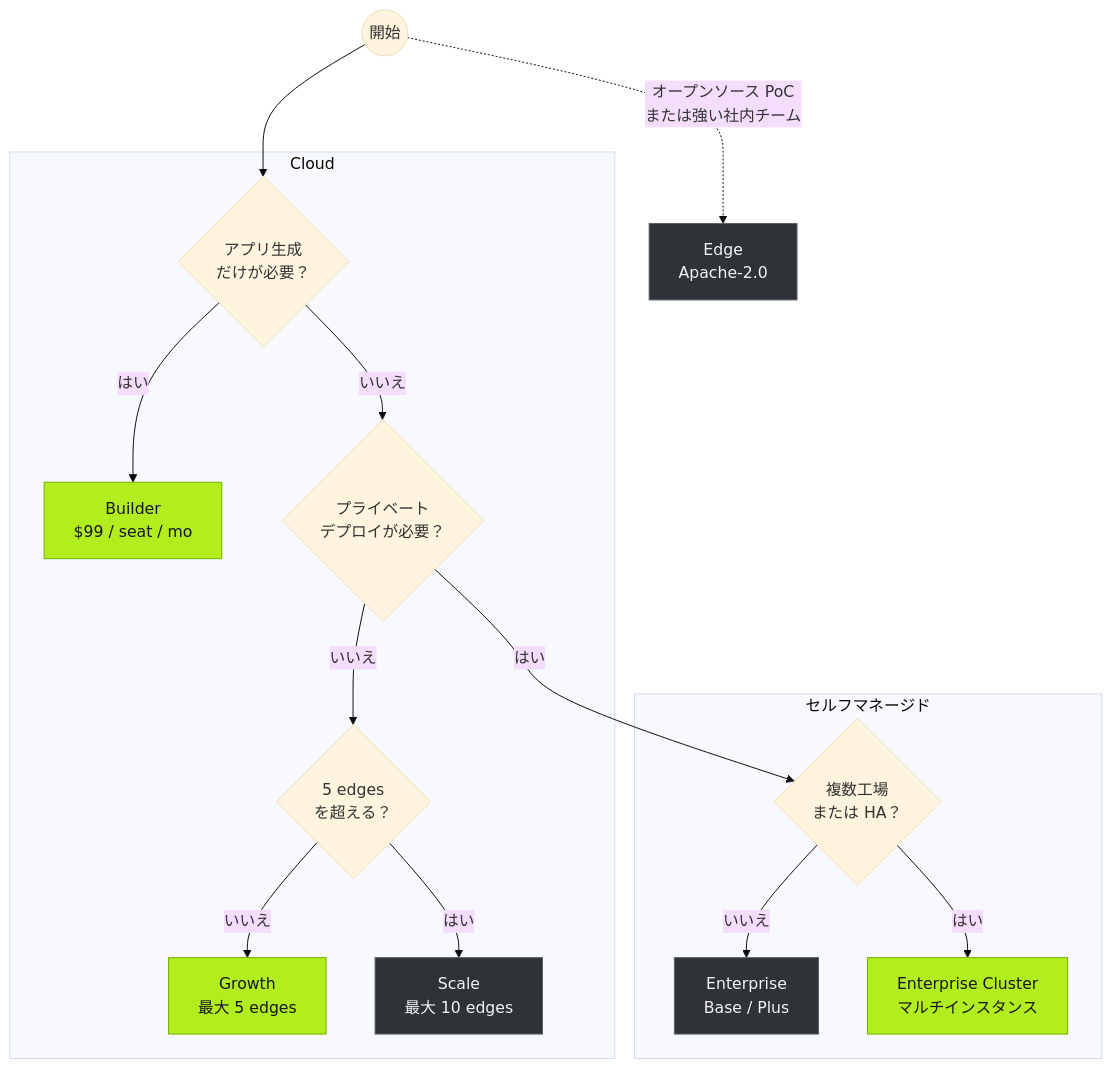
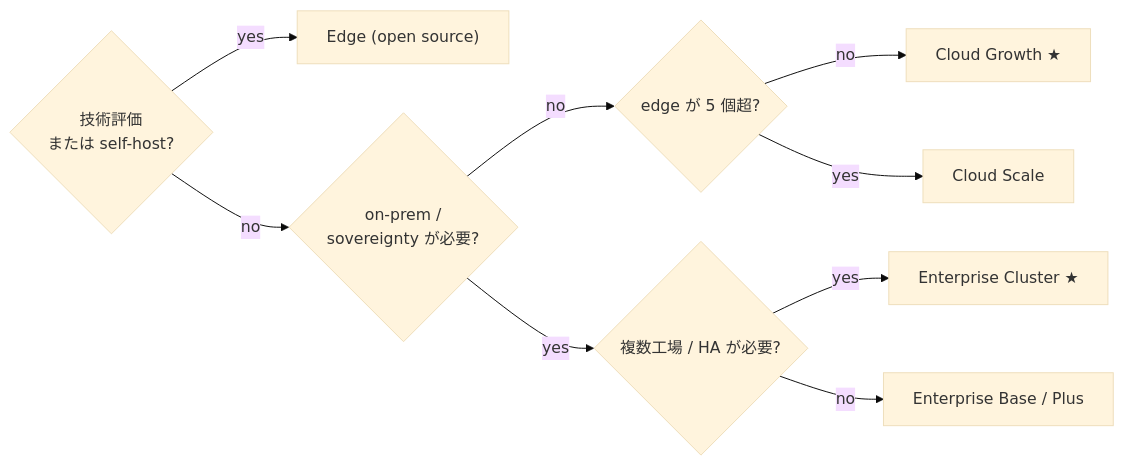
One commit to FREEZONEX/Tier0-docs-site changed the diagram in src/content/docs/ja/get-started/choosing-version.mdx. Above: the diagram before and after it, drawn with Mermaid (base theme). The commit also changed other lines of this file and 19 other files, not shown here.

````diff
--- a/src/content/docs/ja/get-started/choosing-version.mdx
+++ b/src/content/docs/ja/get-started/choosing-version.mdx
@@ -119,25 +135,12 @@
 ```mermaid
-flowchart TD
-  start(("開始")) --> appOnly{"アプリ生成<br/>だけが必要？"}
-
-  subgraph cloud["Cloud"]
-    appOnly -- "はい" --> builder["Builder<br/>$99 / seat / mo"]
-    appOnly -- "いいえ" --> selfHost{"プライベート<br/>デプロイが必要？"}
-    selfHost -- "いいえ" --> edgeCount{"5 edges<br/>を超える？"}
-    edgeCount -- "いいえ" --> growth["Growth<br/>最大 5 edges"]
-    edgeCount -- "はい" --> scale["Scale<br/>最大 10 edges"]
-  end
-
-  subgraph selfManaged["セルフマネージド"]
-    selfHost -- "はい" --> multiSite{"複数工場<br/>または HA？"}
-    multiSite -- "いいえ" --> basePlus["Enterprise<br/>Base / Plus"]
-    multiSite -- "はい" --> cluster["Enterprise Cluster<br/>マルチインスタンス"]
-  end
-
-  start -. "オープンソース PoC<br/>または強い社内チーム" .-> edge["Edge<br/>Apache-2.0"]
-
-  classDef t0accent fill:#B2ED1D,stroke:#73B200,color:#171717
-  classDef t0muted fill:#2f3338,stroke:#5a626b,color:#f4f4f4
-  class builder,growth,cluster t0accent
-  class edge,scale,basePlus t0muted
+flowchart LR
+  q1{"技術評価<br/>または self-host?"} -- "yes" --> edge["Edge (open source)"]
+  q1 -- "no" --> q2{"on-prem /<br/>sovereignty が必要?"}
+  q2 -- "no" --> q3{"edge が 5 個超?"}
+  q2 -- "yes" --> q4{"複数工場 / HA が必要?"}
+  q3 -- "no" --> growth["Cloud Growth ★"]
+  q3 -- "yes" --> scale["Cloud Scale"]
+  q4 -- "yes" --> cluster["Enterprise Cluster ★"]
+  q4 -- "no" --> baseplus["Enterprise Base / Plus"]
+  class growth,cluster t0accent
 ```
````
